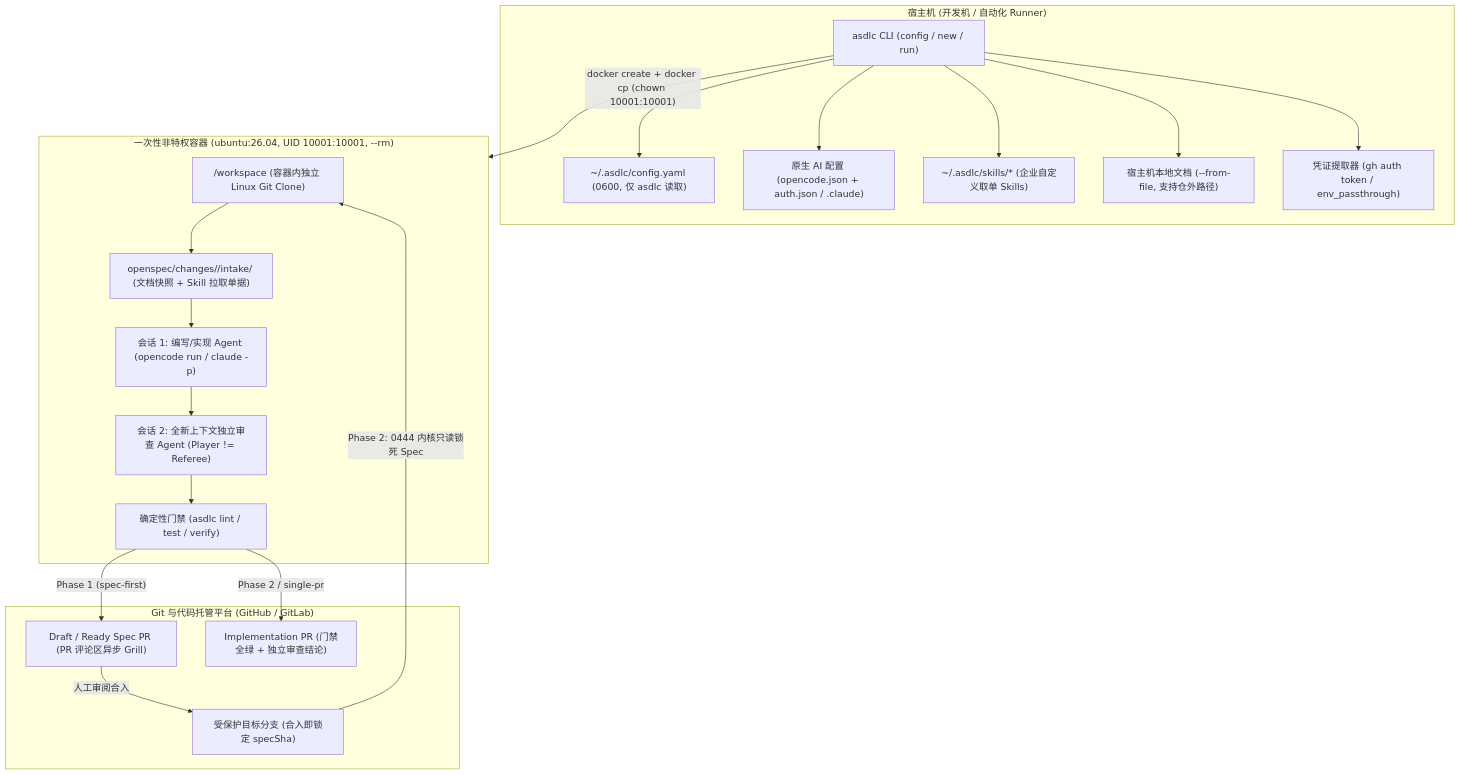
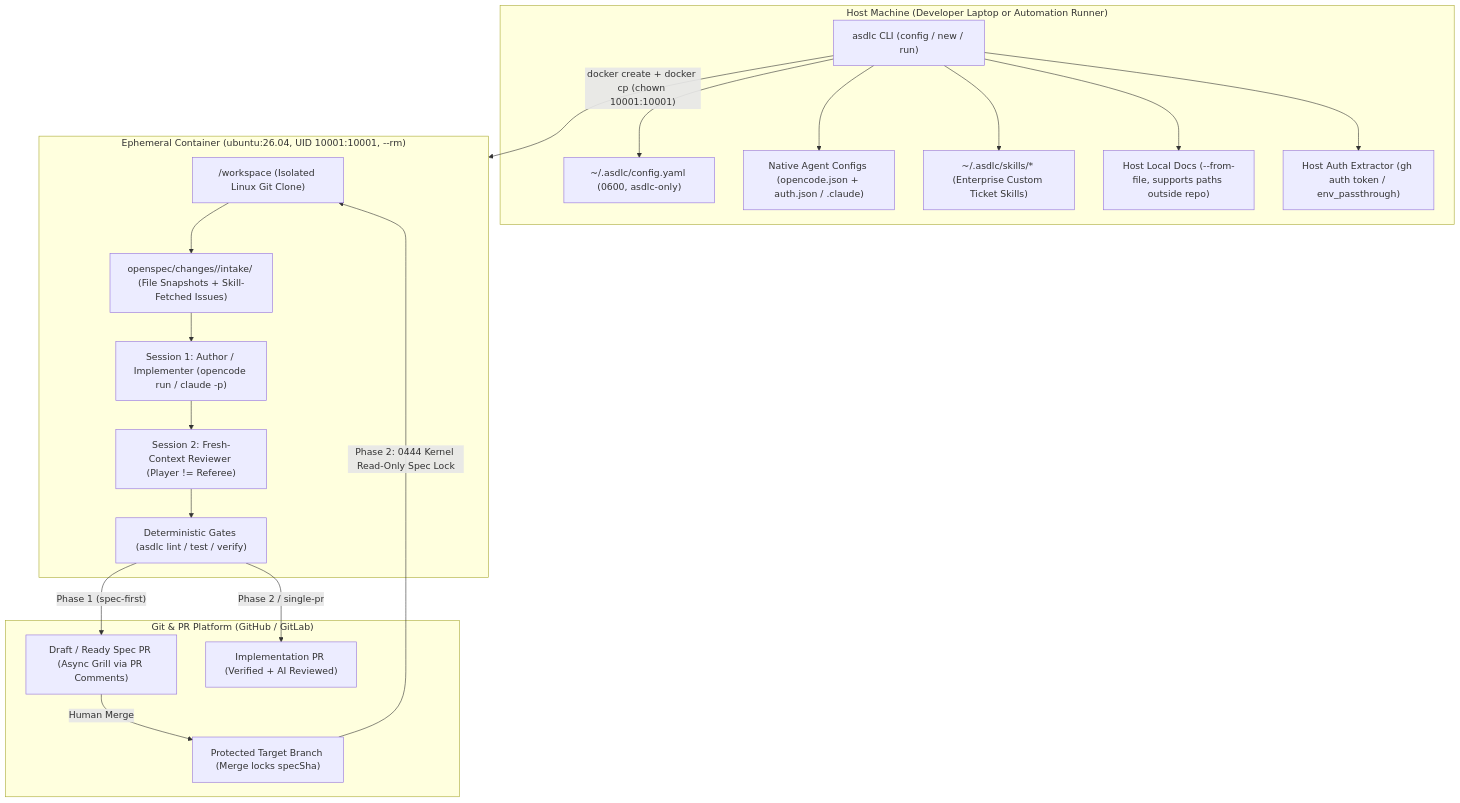
Before and after one commit to akjamie/agentic-sdlc: the first of 2 diagrams in docs/autonomous-pipeline.md, drawn with Mermaid. The commit also changed other lines of this file and 1 other file, not shown here.

````diff
--- a/docs/autonomous-pipeline.md
+++ b/docs/autonomous-pipeline.md
@@ -29,40 +52,40 @@
 ```mermaid
 flowchart TD
-  subgraph Host["宿主机 (开发机 / 自动化 Runner)"]
+  subgraph Host["Host Machine (Developer Laptop or Automation Runner)"]
     CLI["asdlc CLI (config / new / run)"]
-    GCFG["~/.asdlc/config.yaml (0600, 仅 asdlc 读取)"]
-    ACFG["原生 AI 配置 (opencode.json + auth.json / .claude)"]
-    CSKILL["~/.asdlc/skills/* (企业自定义取单 Skills)"]
-    HFILES["宿主机本地文档 (--from-file, 支持仓外路径)"]
-    GHTOKEN["凭证提取器 (gh auth token / env_passthrough)"]
+    GCFG["~/.asdlc/config.yaml (0600, asdlc-only)"]
+    ACFG["Native Agent Configs (opencode.json + auth.json / .claude)"]
+    CSKILL["~/.asdlc/skills/* (Enterprise Custom Ticket Skills)"]
+    HFILES["Host Local Docs (--from-file, supports paths outside repo)"]
+    GHTOKEN["Host Auth Extractor (gh auth token / env_passthrough)"]
   end
 
-  subgraph Container["一次性非特权容器 (ubuntu:26.04, UID 10001:10001, --rm)"]
-    WS["/workspace (容器内独立 Linux Git Clone)"]
-    INTAKE["openspec/changes/<id>/intake/ (文档快照 + Skill 拉取单据)"]
-    S1["会话 1: 编写/实现 Agent (opencode run / claude -p)"]
-    S2["会话 2: 全新上下文独立审查 Agent (Player != Referee)"]
-    GATES["确定性门禁 (asdlc lint / test / verify)"]
+  subgraph Container["Ephemeral Container (ubuntu:26.04, UID 10001:10001, --rm)"]
+    WS["/workspace (Isolated Linux Git Clone)"]
+    INTAKE["openspec/changes/<id>/intake/ (File Snapshots + Skill-Fetched Issues)"]
+    S1["Session 1: Author / Implementer (opencode run / claude -p)"]
+    S2["Session 2: Fresh-Context Reviewer (Player != Referee)"]
+    GATES["Deterministic Gates (asdlc lint / test / verify)"]
   end
 
-  subgraph Remote["Git 与代码托管平台 (GitHub / GitLab)"]
-    PR1["Draft / Ready Spec PR (PR 评论区异步 Grill)"]
-    MAIN["受保护目标分支 (合入即锁定 specSha)"]
-    PR2["Implementation PR (门禁全绿 + 独立审查结论)"]
+  subgraph Remote["Git & PR Platform (GitHub / GitLab)"]
+    PR1["Draft / Ready Spec PR (Async Grill via PR Comments)"]
+    MAIN["Protected Target Branch (Merge locks specSha)"]
+    PR2["Implementation PR (Verified + AI Reviewed)"]
   end
 
   CLI --> GCFG
   CLI --> ACFG
   CLI --> CSKILL
   CLI --> HFILES
   CLI --> GHTOKEN
   CLI -- "docker create + docker cp (chown 10001:10001)" --> Container
   WS --> INTAKE
   INTAKE --> S1
   S1 --> S2
   S2 --> GATES
   GATES -- "Phase 1 (spec-first)" --> PR1
-  PR1 -- "人工审阅合入" --> MAIN
-  MAIN -- "Phase 2: 0444 内核只读锁死 Spec" --> WS
+  PR1 -- "Human Merge" --> MAIN
+  MAIN -- "Phase 2: 0444 Kernel Read-Only Spec Lock" --> WS
   GATES -- "Phase 2 / single-pr" --> PR2
 ```
````
